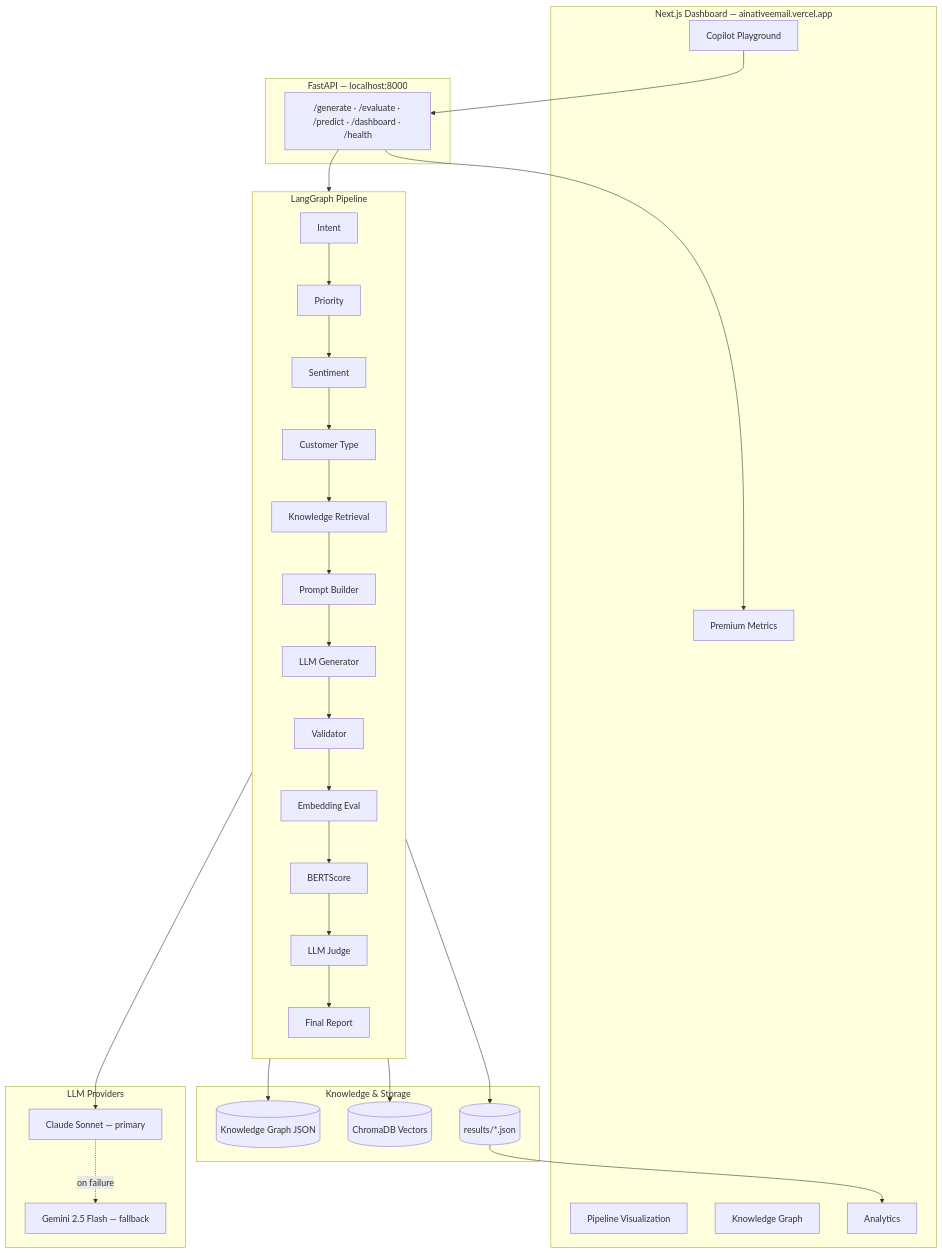
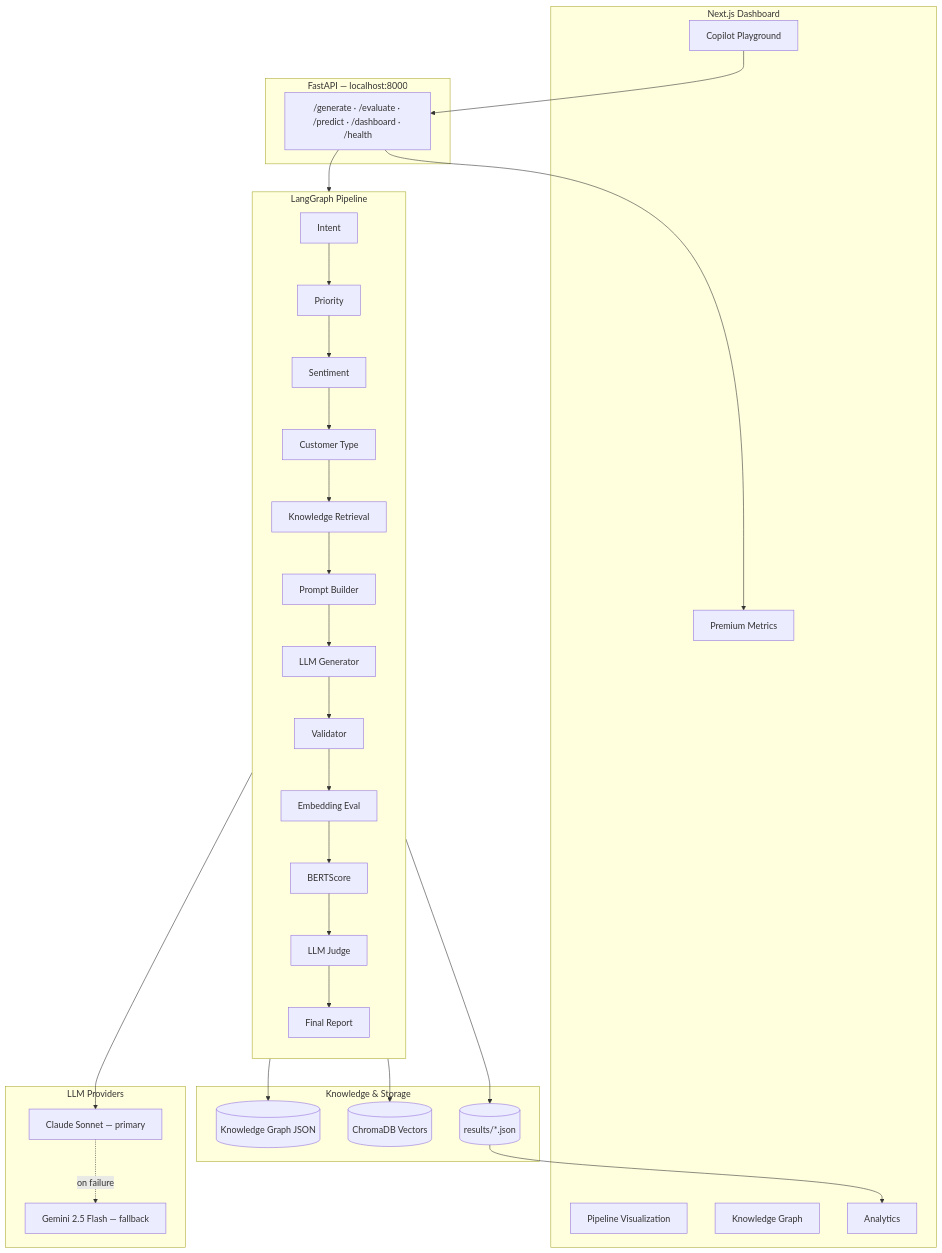
The first of 2 diagrams in README.md (shubhamsharmass0001/AI-Native-Email-Intelligence), drawn with Mermaid before and after one commit. The commit also changed other lines of this file and 29 other files, not shown here.

````diff
--- a/README.md
+++ b/README.md
@@ -14,50 +13,50 @@
 ```mermaid
 flowchart TB
-    subgraph UI["Next.js Dashboard — ainativeemail.vercel.app"]
+    subgraph UI["Next.js Dashboard"]
         PG[Copilot Playground]
         PM[Premium Metrics]
         PV[Pipeline Visualization]
         KG[Knowledge Graph]
         AN[Analytics]
     end
 
     subgraph API["FastAPI — localhost:8000"]
         EP["/generate · /evaluate · /predict · /dashboard · /health"]
     end
 
     subgraph Pipeline["LangGraph Pipeline"]
         direction TB
         I[Intent] --> P[Priority]
         P --> S[Sentiment]
         S --> C[Customer Type]
         C --> K[Knowledge Retrieval]
         K --> PB[Prompt Builder]
         PB --> G[LLM Generator]
         G --> V[Validator]
         V --> E[Embedding Eval]
         E --> B[BERTScore]
         B --> J[LLM Judge]
         J --> R[Final Report]
     end
 
     subgraph Data["Knowledge & Storage"]
         KGJ[(Knowledge Graph JSON)]
         CH[(ChromaDB Vectors)]
         RES[(results/*.json)]
     end
 
     subgraph LLM["LLM Providers"]
         CL[Claude Sonnet — primary]
         GM[Gemini 2.5 Flash — fallback]
     end
 
     PG --> EP
     EP --> Pipeline
     K --> KGJ
     K --> CH
     G --> CL
     CL -.->|on failure| GM
     Pipeline --> RES
     RES --> AN
     EP --> PM
 ```
````
